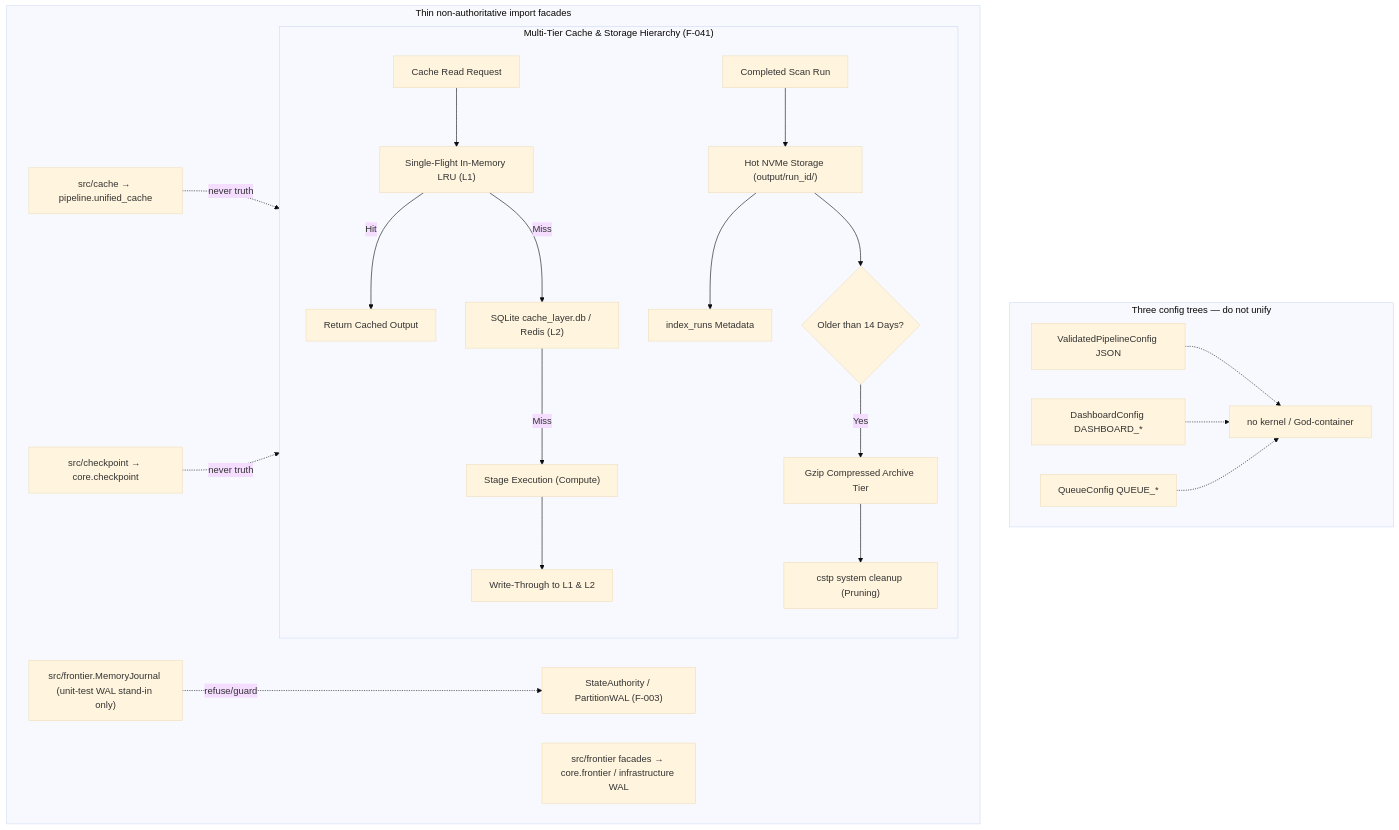
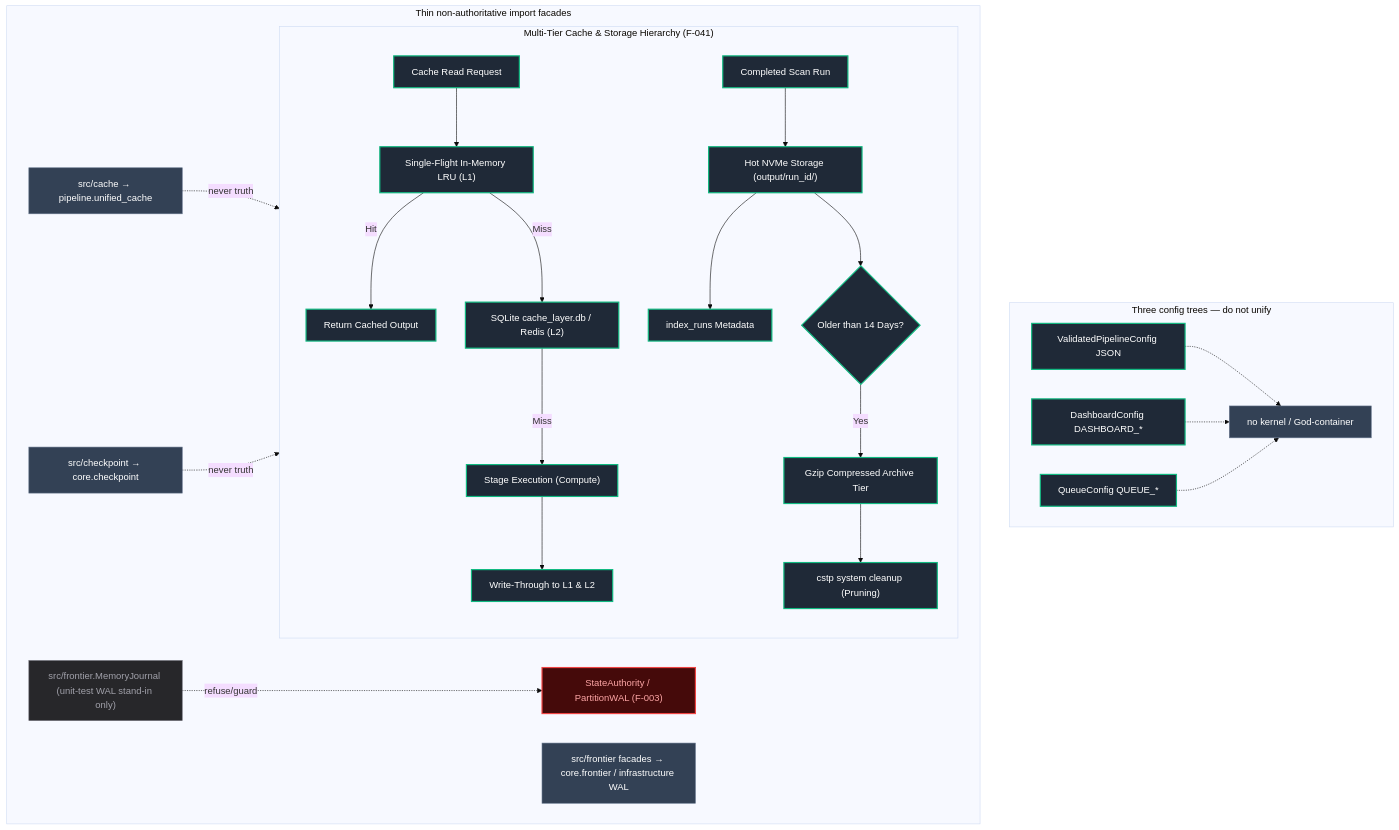
Before and after one commit to AviralGup7/Singularity-Zero: diagram 15 of 16 in docs/flowchart.md, drawn with Mermaid (base theme). The commit also changed other lines of this file, not shown here.

````diff
--- a/docs/flowchart.md
+++ b/docs/flowchart.md
@@ -764,34 +838,41 @@
 ```mermaid
 flowchart TD
+    classDef impl fill:#1f2937,stroke:#10b981,stroke-width:2px,color:#fff;
+    classDef singleNode fill:#1e293b,stroke:#0ea5e9,stroke-width:1px,stroke-dasharray:3 3,color:#fff;
+    classDef library fill:#334155,stroke:#64748b,stroke-width:1px,color:#fff;
+    classDef specOnly fill:#1e1b4b,stroke:#818cf8,stroke-width:1px,stroke-dasharray:4 4,color:#fff;
+    classDef vacuous fill:#27272a,stroke:#71717a,stroke-width:1px,color:#a1a1aa;
+    classDef forbidden fill:#450a0a,stroke:#ef4444,stroke-width:2px,color:#fca5a5;
+
     subgraph Config["Three config trees — do not unify"]
         ScanCfg["ValidatedPipelineConfig JSON"]:::impl
         DashCfg["DashboardConfig DASHBOARD_*"]:::impl
         QueueCfg["QueueConfig QUEUE_*"]:::impl
-        ScanCfg -.-> NoGod["no kernel / God-container"]:::forbidden
+        ScanCfg -.-> NoGod["no kernel / God-container"]:::library
         DashCfg -.-> NoGod
         QueueCfg -.-> NoGod
     end
 
     subgraph MultiTierCache["Multi-Tier Cache & Storage Hierarchy (F-041)"]
         Call["Cache Read Request"]:::impl --> SF["Single-Flight In-Memory LRU (L1)"]:::impl
         SF -->|Hit| Return["Return Cached Output"]:::impl
         SF -->|Miss| Persist["SQLite cache_layer.db / Redis (L2)"]:::impl
         Persist -->|Miss| Origin["Stage Execution (Compute)"]:::impl
         Origin --> Write["Write-Through to L1 & L2"]:::impl
         Done["Completed Scan Run"]:::impl --> Hot["Hot NVMe Storage (output/run_id/)"]:::impl
         Hot --> Index["index_runs Metadata"]:::impl
         Hot --> PruneCheck{"Older than 14 Days?"}:::impl
         PruneCheck -->|Yes| Arch["Gzip Compressed Archive Tier"]:::impl
         Arch --> PruneJob["cstp system cleanup (Pruning)"]:::impl
     end
 
     subgraph Facades["Thin non-authoritative import facades"]
         CacheFacade["src/cache → pipeline.unified_cache"]:::library
         CkptFacade["src/checkpoint → core.checkpoint"]:::library
         FrontFacade["src/frontier facades → core.frontier / infrastructure WAL"]:::library
         MemJ["src/frontier.MemoryJournal (unit-test WAL stand-in only)"]:::vacuous
         CacheFacade -.->|never truth| MultiTierCache
         CkptFacade -.->|never truth| MultiTierCache
         MemJ -.->|refuse/guard| AuthPlane["StateAuthority / PartitionWAL (F-003)"]:::forbidden
     end
 ```
````
